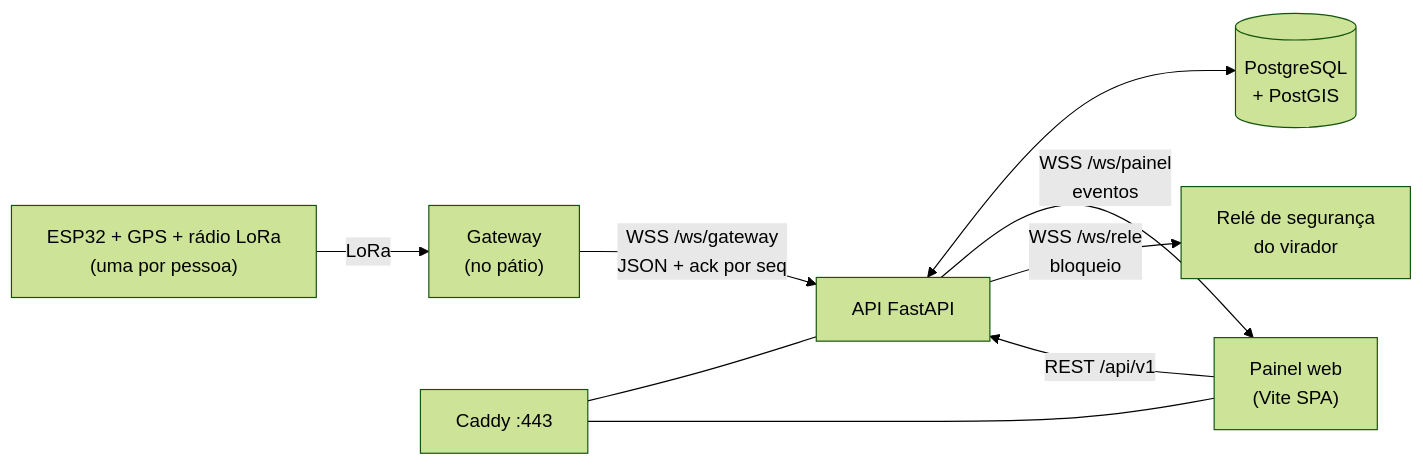
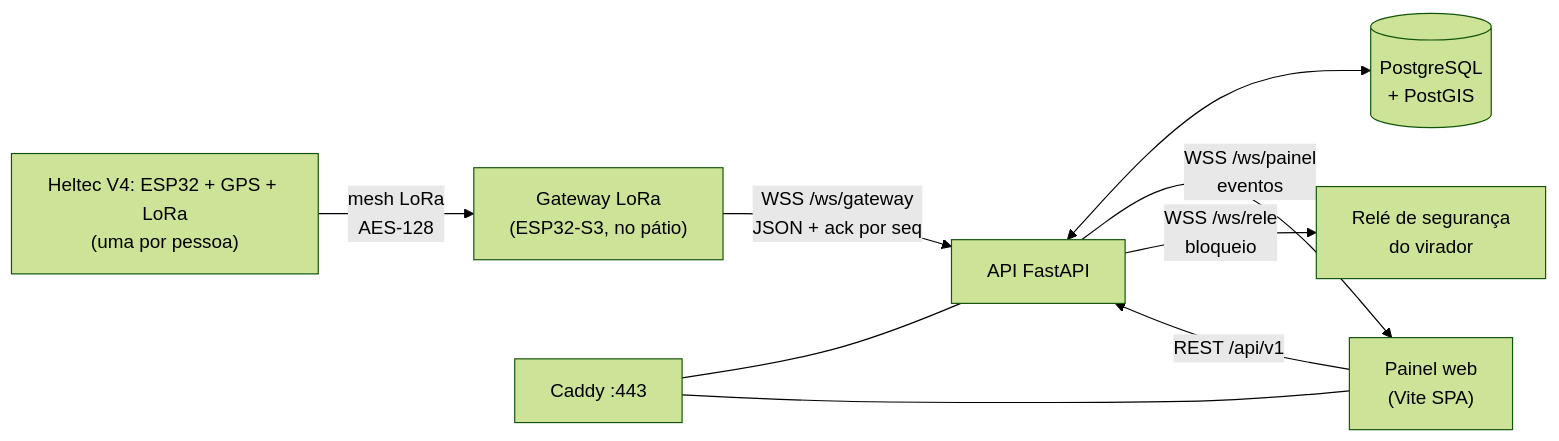
The diagram in README.md (EnzoFrazao/guara-app), drawn with Mermaid (forest theme) before and after one commit. The commit also changed other lines of this file, not shown here.

````diff
--- a/README.md
+++ b/README.md
@@ -89,11 +89,11 @@
 ```mermaid
 flowchart LR
-    A["ESP32 + GPS + rádio LoRa<br/>(uma por pessoa)"] -- "LoRa" --> B["Gateway<br/>(no pátio)"]
+    A["Heltec V4: ESP32 + GPS + LoRa<br/>(uma por pessoa)"] -- "mesh LoRa<br/>AES-128" --> B["Gateway LoRa<br/>(ESP32-S3, no pátio)"]
     B -- "WSS /ws/gateway<br/>JSON + ack por seq" --> C["API FastAPI"]
     C <--> D[("PostgreSQL<br/>+ PostGIS")]
     C -- "WSS /ws/painel<br/>eventos" --> E["Painel web<br/>(Vite SPA)"]
     E -- "REST /api/v1" --> C
     C -- "WSS /ws/rele<br/>bloqueio" --> F["Relé de segurança<br/>do virador"]
     G["Caddy :443"] --- C
     G --- E
 ```
````
